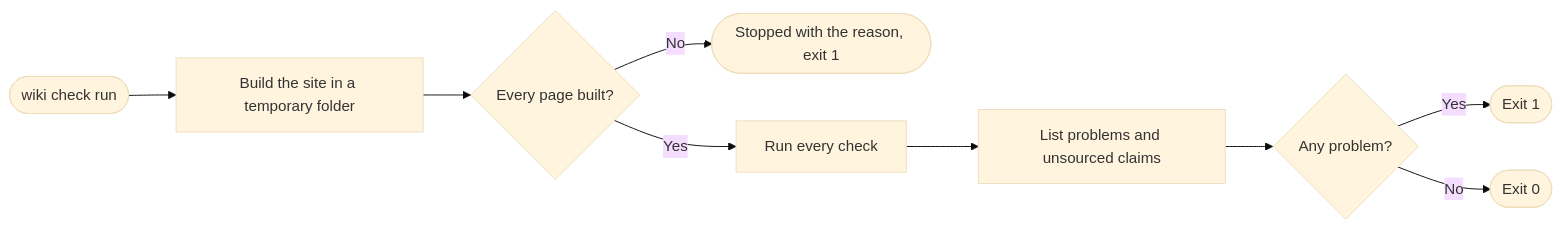
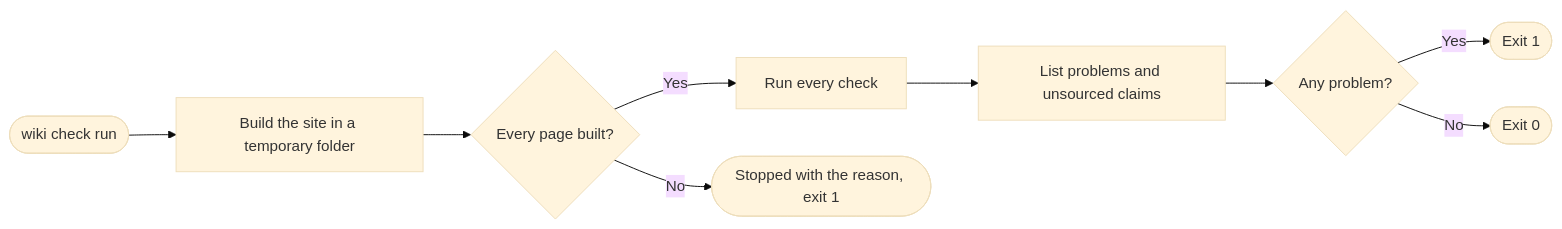
Before and after one commit to timothymarois/wiki-builder: the diagram in docs/wiki/pages/checks.md, drawn with Mermaid (base theme). The commit also changed other lines of this file and 27 other files, not shown here.

````diff
--- a/docs/wiki/pages/checks.md
+++ b/docs/wiki/pages/checks.md
@@ -43,11 +43,11 @@
 ```mermaid
 flowchart LR
-  accTitle: What wiki check does
+  accTitle: wiki check run
   accDescr: wiki check builds the site in a temporary folder. A page that cannot be built stops it with exit code 1; otherwise it runs every check, lists every problem and every claim with no source, and exits 1 if there is a problem or 0 if not.
   run(["wiki check run"]) --> build["Build the site in a temporary folder"] --> built{"Every page built?"}
+  built -- "Yes" --> checks["Run every check"] --> list["List problems and unsourced claims"]
   built -- "No" --> stopped(["Stopped with the reason, exit 1"])
-  built -- "Yes" --> checks["Run every check"] --> list["List problems and unsourced claims"]
   list --> any{"Any problem?"}
   any -- "Yes" --> failed(["Exit 1"])
   any -- "No" --> passed(["Exit 0"])
 ```
````
